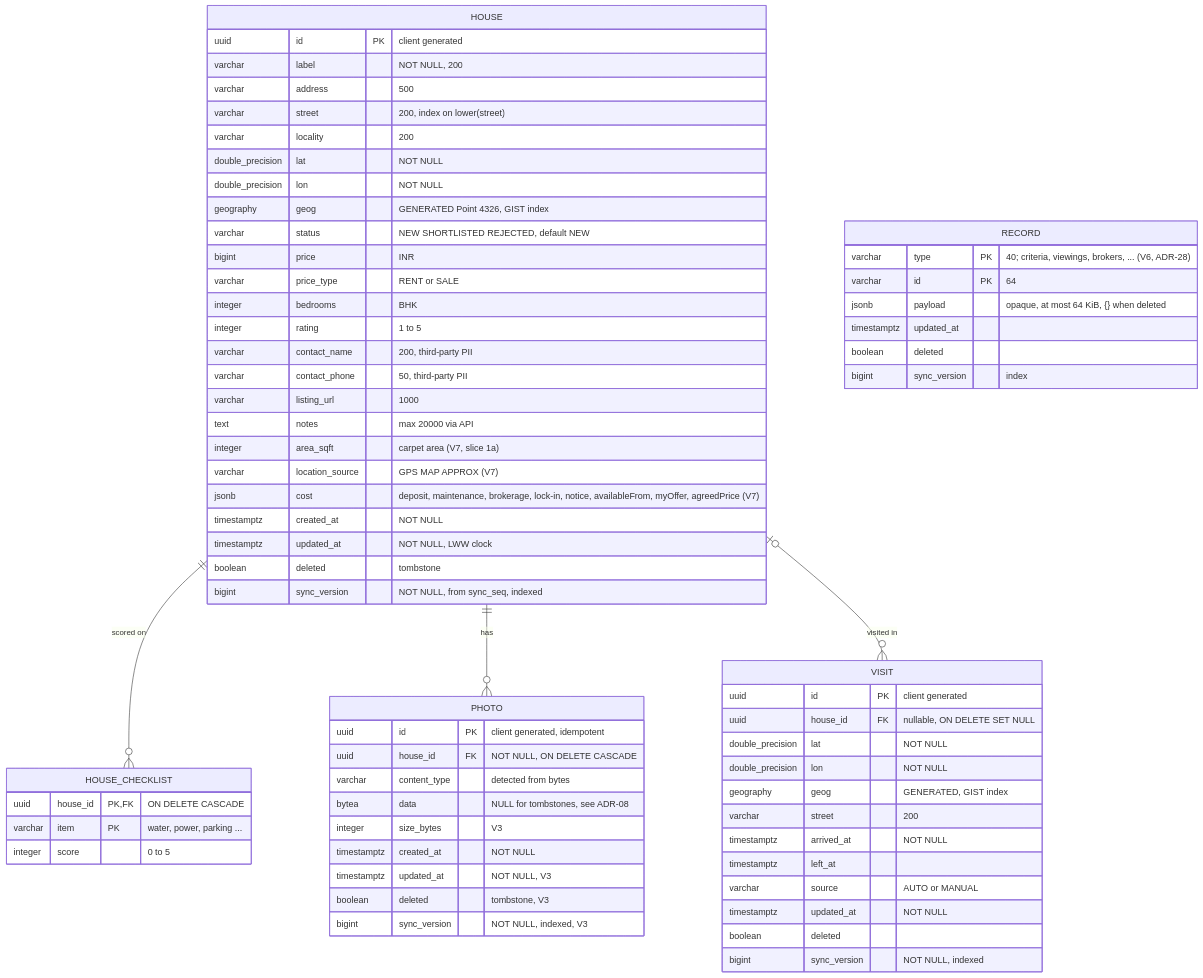
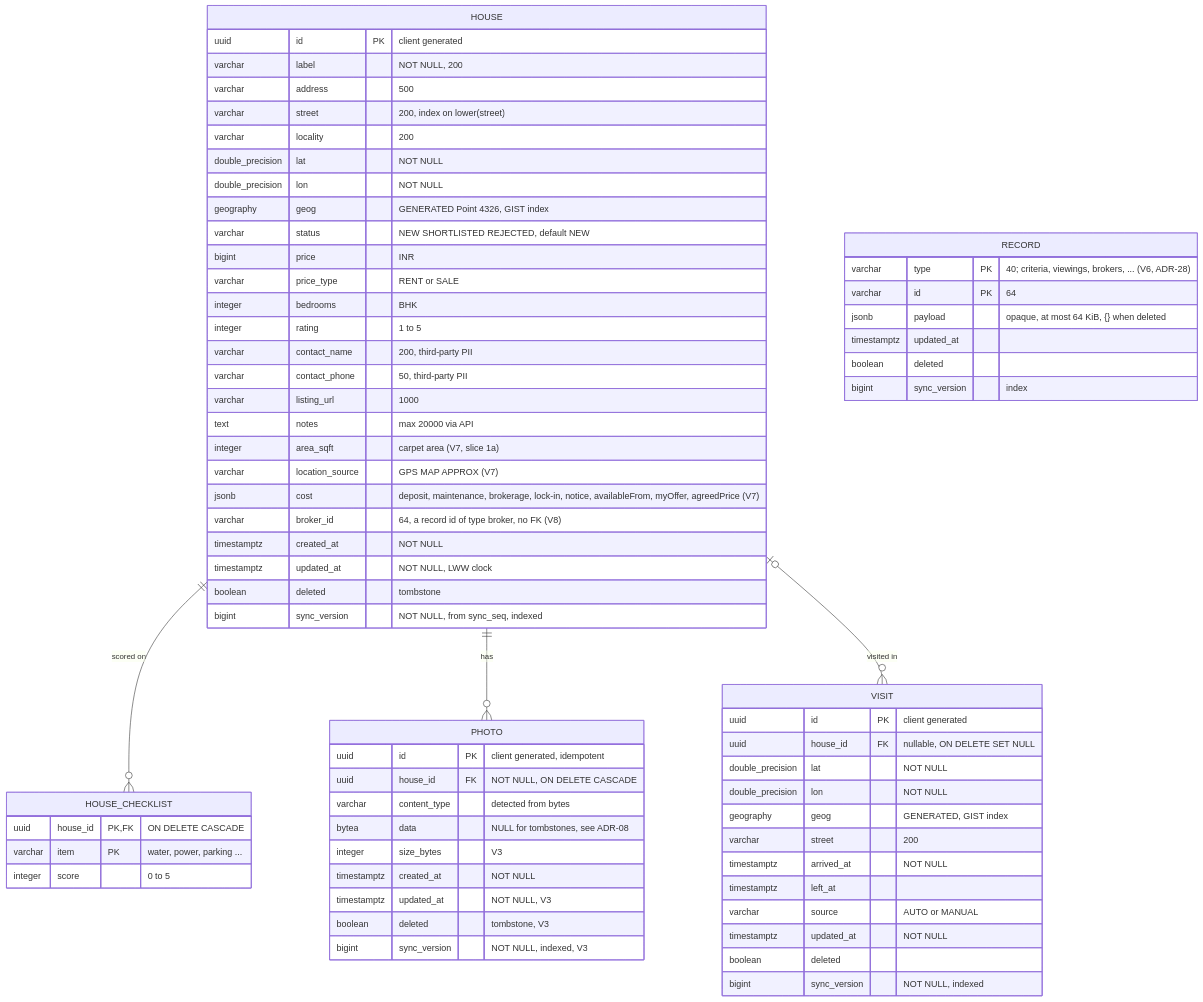
One commit to Sriram-Codes-SW/doorprints changed the seventh of 17 diagrams in docs/03-design.md. Above: the diagram before and after it, drawn with Mermaid. The commit also changed other lines of this file and 137 other files, not shown here.

````diff
--- a/docs/03-design.md
+++ b/docs/03-design.md
@@ -422,70 +423,71 @@
 ```mermaid
 erDiagram
     HOUSE ||--o{ HOUSE_CHECKLIST : "scored on"
     HOUSE ||--o{ PHOTO : "has"
     HOUSE |o--o{ VISIT : "visited in"
     RECORD {
         varchar type PK "40; criteria, viewings, brokers, ... (V6, ADR-28)"
         varchar id PK "64"
         jsonb payload "opaque, at most 64 KiB, {} when deleted"
         timestamptz updated_at
         boolean deleted
         bigint sync_version "index"
     }
     HOUSE {
         uuid id PK "client generated"
         varchar label "NOT NULL, 200"
         varchar address "500"
         varchar street "200, index on lower(street)"
         varchar locality "200"
         double_precision lat "NOT NULL"
         double_precision lon "NOT NULL"
         geography geog "GENERATED Point 4326, GIST index"
         varchar status "NEW SHORTLISTED REJECTED, default NEW"
         bigint price "INR"
         varchar price_type "RENT or SALE"
         integer bedrooms "BHK"
         integer rating "1 to 5"
         varchar contact_name "200, third-party PII"
         varchar contact_phone "50, third-party PII"
         varchar listing_url "1000"
         text notes "max 20000 via API"
         integer area_sqft "carpet area (V7, slice 1a)"
         varchar location_source "GPS MAP APPROX (V7)"
         jsonb cost "deposit, maintenance, brokerage, lock-in, notice, availableFrom, myOffer, agreedPrice (V7)"
+        varchar broker_id "64, a record id of type broker, no FK (V8)"
         timestamptz created_at "NOT NULL"
         timestamptz updated_at "NOT NULL, LWW clock"
         boolean deleted "tombstone"
         bigint sync_version "NOT NULL, from sync_seq, indexed"
     }
     HOUSE_CHECKLIST {
         uuid house_id PK, FK "ON DELETE CASCADE"
         varchar item PK "water, power, parking ..."
         integer score "0 to 5"
     }
     VISIT {
         uuid id PK "client generated"
         uuid house_id FK "nullable, ON DELETE SET NULL"
         double_precision lat "NOT NULL"
         double_precision lon "NOT NULL"
         geography geog "GENERATED, GIST index"
         varchar street "200"
         timestamptz arrived_at "NOT NULL"
         timestamptz left_at
         varchar source "AUTO or MANUAL"
         timestamptz updated_at "NOT NULL"
         boolean deleted
         bigint sync_version "NOT NULL, indexed"
     }
     PHOTO {
         uuid id PK "client generated, idempotent"
         uuid house_id FK "NOT NULL, ON DELETE CASCADE"
         varchar content_type "detected from bytes"
         bytea data "NULL for tombstones, see ADR-08"
         integer size_bytes "V3"
         timestamptz created_at "NOT NULL"
         timestamptz updated_at "NOT NULL, V3"
         boolean deleted "tombstone, V3"
         bigint sync_version "NOT NULL, indexed, V3"
     }
 ```
````
